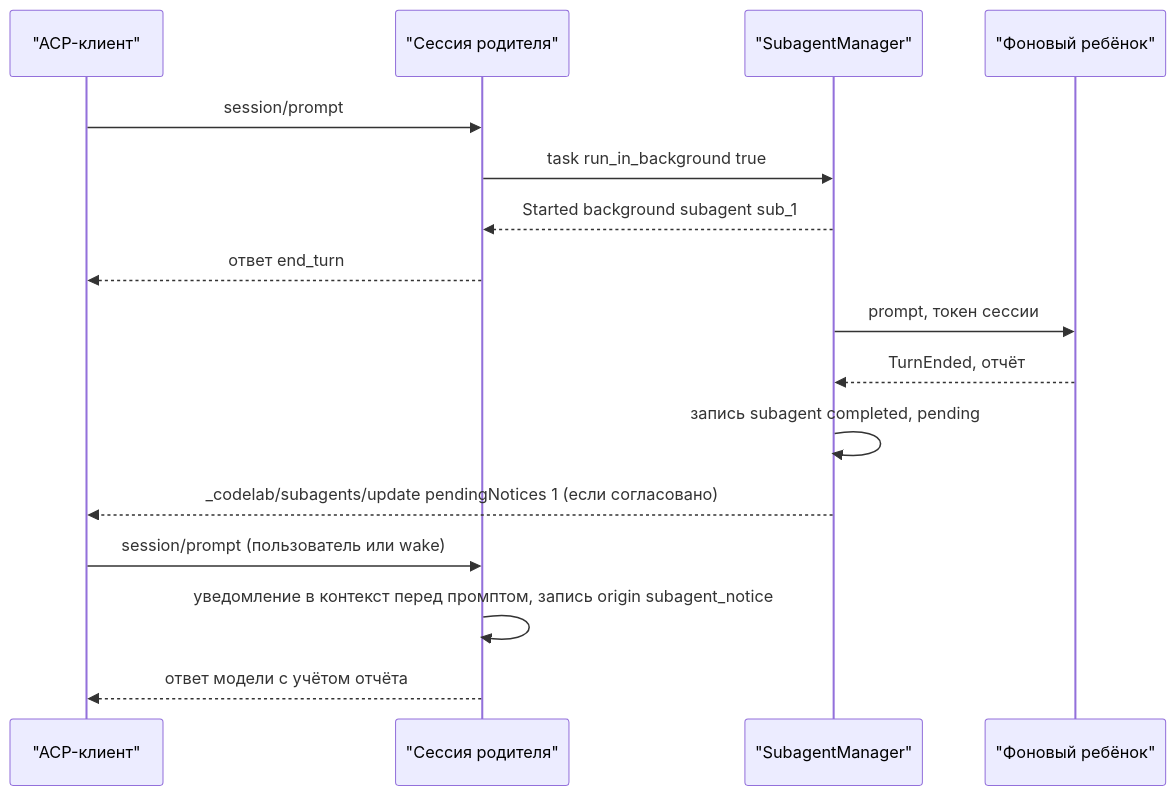
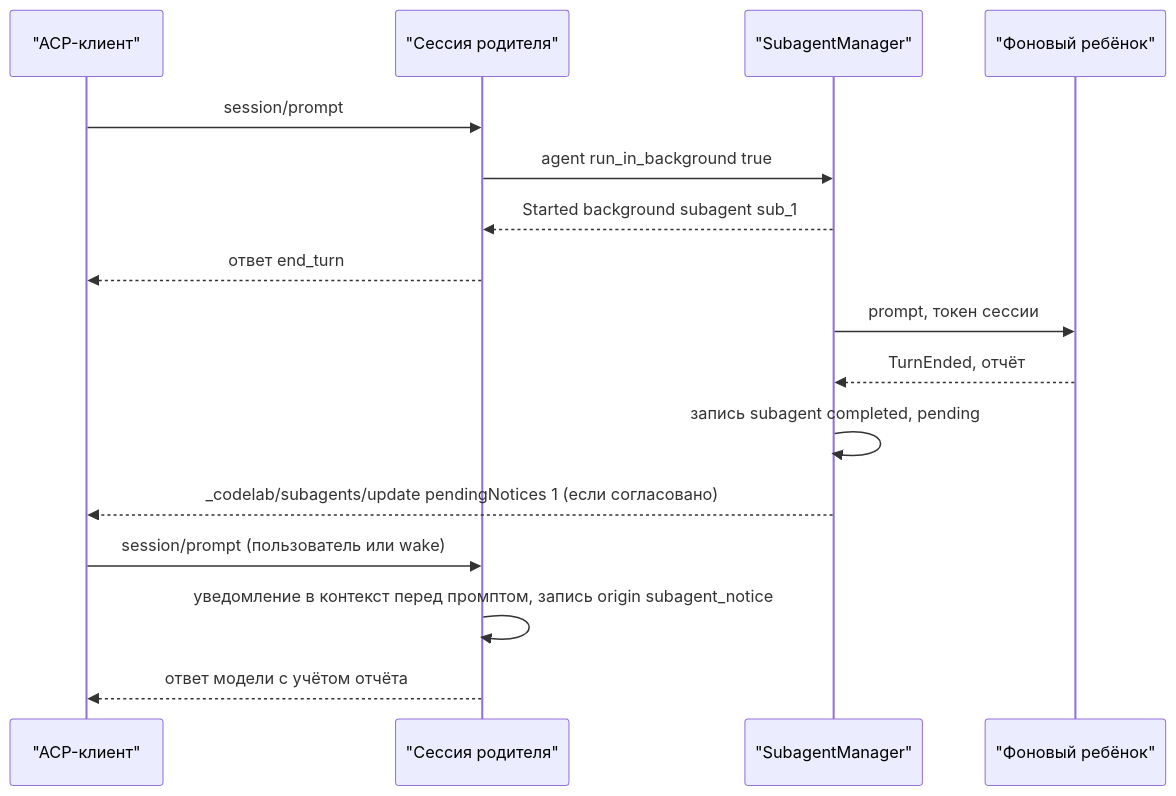
The second of 4 diagrams in docs/architecture/proposals/agent-core/17-3-subagents.md (pese-git/codelab-app), drawn with Mermaid before and after one commit. The commit also changed other lines of this file and 44 other files, not shown here.

````diff
--- a/docs/architecture/proposals/agent-core/17-3-subagents.md
+++ b/docs/architecture/proposals/agent-core/17-3-subagents.md
@@ -707,18 +867,18 @@
 ```mermaid
 sequenceDiagram
     participant CL as "ACP-клиент"
     participant PA as "Сессия родителя"
     participant SM as "SubagentManager"
     participant CH as "Фоновый ребёнок"
     CL->>PA: session/prompt
-    PA->>SM: task run_in_background true
+    PA->>SM: agent run_in_background true
     SM-->>PA: Started background subagent sub_1
     PA-->>CL: ответ end_turn
     SM->>CH: prompt, токен сессии
     CH-->>SM: TurnEnded, отчёт
     SM->>SM: запись subagent completed, pending
     SM-->>CL: _codelab/subagents/update pendingNotices 1 (если согласовано)
     CL->>PA: session/prompt (пользователь или wake)
     PA->>PA: уведомление в контекст перед промптом, запись origin subagent_notice
     PA-->>CL: ответ модели с учётом отчёта
 ```
````
